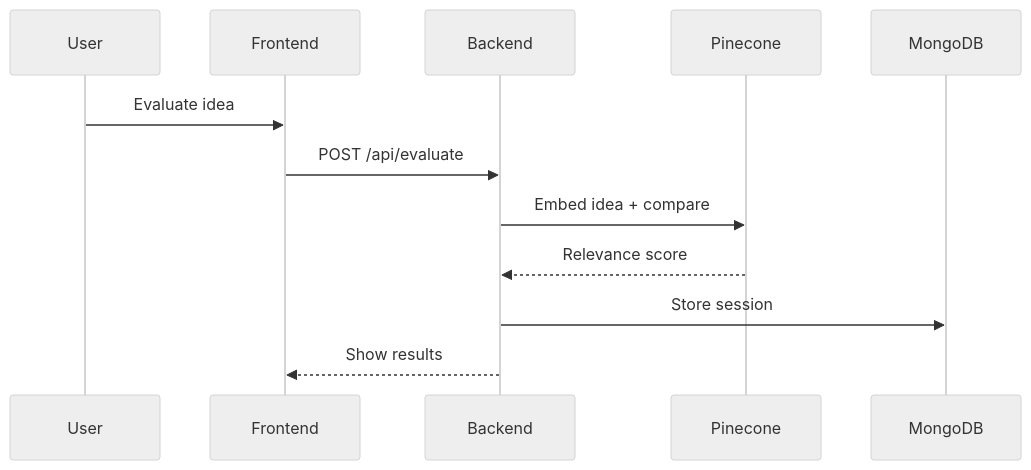
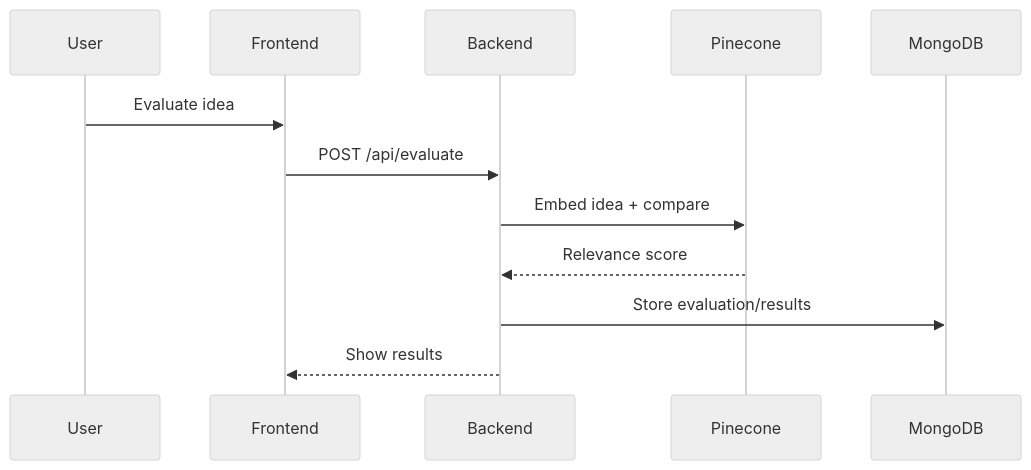
Before and after one commit to sturchio/Section_AI_MMBA_Project__August_2025: the fifth of 6 diagrams in Project Repo/planning/DIAGRAMS.md, drawn with Mermaid (neutral theme). The commit also changed other lines of this file, not shown here.

````diff
--- a/Project Repo/planning/DIAGRAMS.md
+++ b/Project Repo/planning/DIAGRAMS.md
@@ -107,15 +106,15 @@
 ```mermaid
 sequenceDiagram
   participant User
   participant Frontend
   participant Backend
   participant Pinecone
   participant MongoDB
 
   User->>Frontend: Evaluate idea
   Frontend->>Backend: POST /api/evaluate
   Backend->>Pinecone: Embed idea + compare
   Pinecone-->>Backend: Relevance score
-  Backend->>MongoDB: Store session
+  Backend->>MongoDB: Store evaluation/results
   Backend-->>Frontend: Show results
 ```
````
